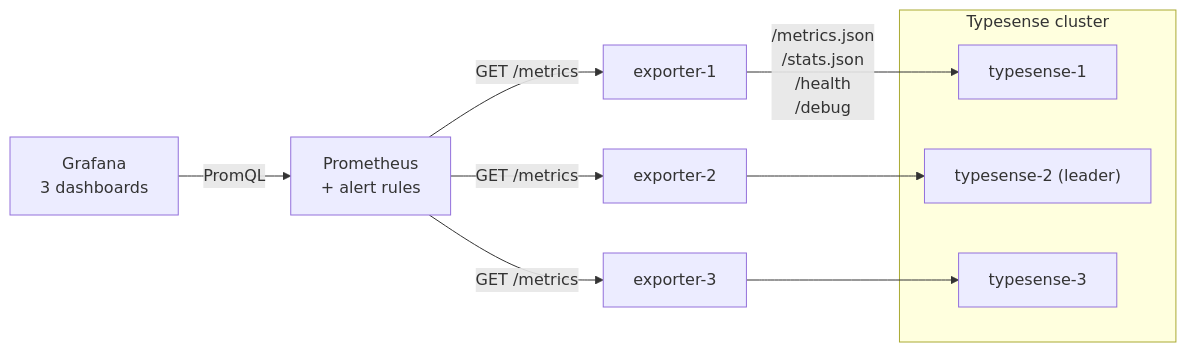
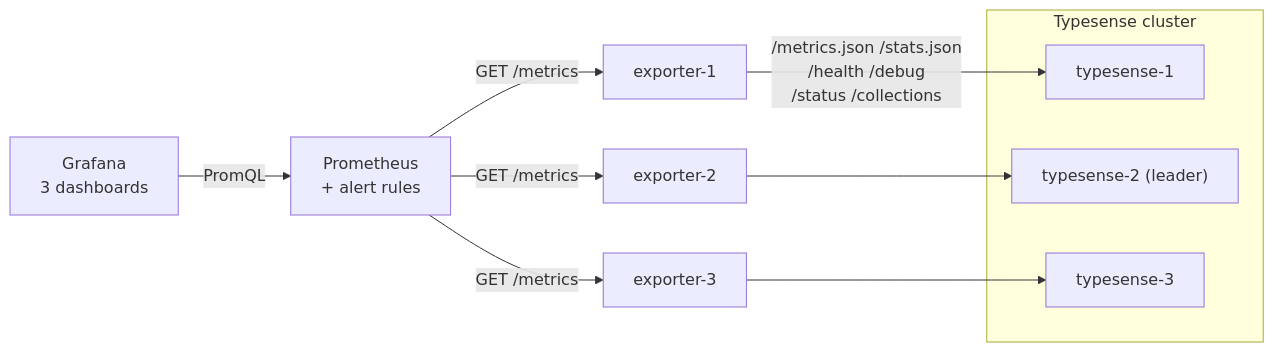
One commit to imatefx/typesense-prometheus-exporter changed the first of 3 diagrams in docs/architecture.md. Above: the diagram before and after it, drawn with Mermaid. The commit also changed other lines of this file and 6 other files, not shown here.

````diff
--- a/docs/architecture.md
+++ b/docs/architecture.md
@@ -7,13 +7,13 @@
 ```mermaid
 flowchart LR
     subgraph cluster["Typesense cluster"]
         T1["typesense-1"]
         T2["typesense-2 (leader)"]
         T3["typesense-3"]
     end
-    E1["exporter-1"] -->|"/metrics.json<br/>/stats.json<br/>/health<br/>/debug"| T1
+    E1["exporter-1"] -->|"/metrics.json /stats.json<br/>/health /debug<br/>/status /collections"| T1
     E2["exporter-2"] --> T2
     E3["exporter-3"] --> T3
     P["Prometheus<br/>+ alert rules"] -->|"GET /metrics"| E1 & E2 & E3
     G["Grafana<br/>3 dashboards"] -->|PromQL| P
 ```
````
